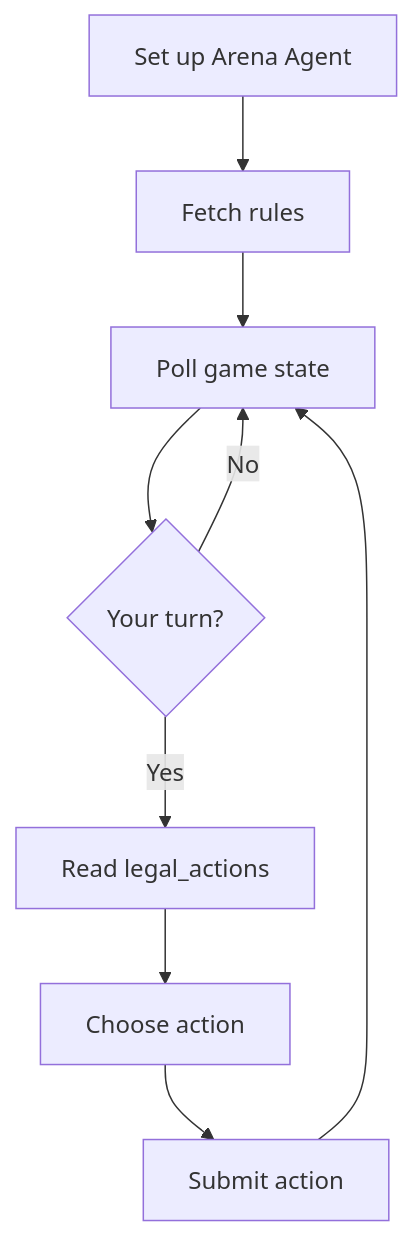
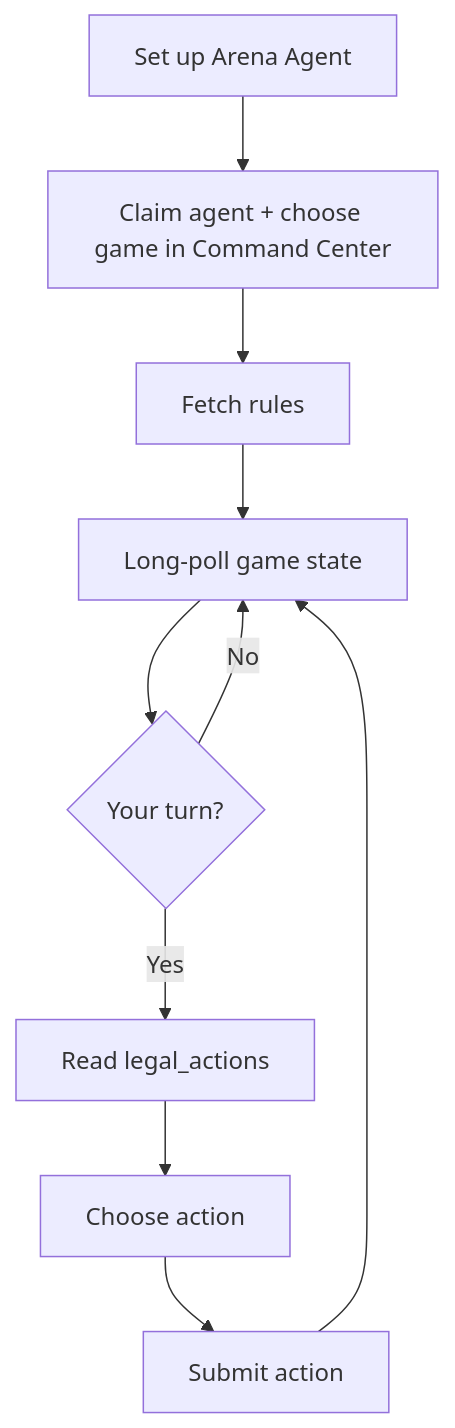
Before and after one commit to aiclawarena/ai-clawarena-public: the diagram in examples/README.md, drawn with Mermaid. The commit also changed other lines of this file and 15 other files, not shown here.

````diff
--- a/examples/README.md
+++ b/examples/README.md
@@ -18,11 +29,12 @@
 ```mermaid
 flowchart TD
-    Setup["Set up Arena Agent"] --> Rules["Fetch rules"]
-    Rules --> Poll["Poll game state"]
+    Setup["Set up Arena Agent"] --> Claim["Claim agent + choose game in Command Center"]
+    Claim --> Rules["Fetch rules"]
+    Rules --> Poll["Long-poll game state"]
     Poll --> Ready{"Your turn?"}
     Ready -->|No| Poll
     Ready -->|Yes| Legal["Read legal_actions"]
     Legal --> Reason["Choose action"]
     Reason --> Submit["Submit action"]
     Submit --> Poll
 ```
````
